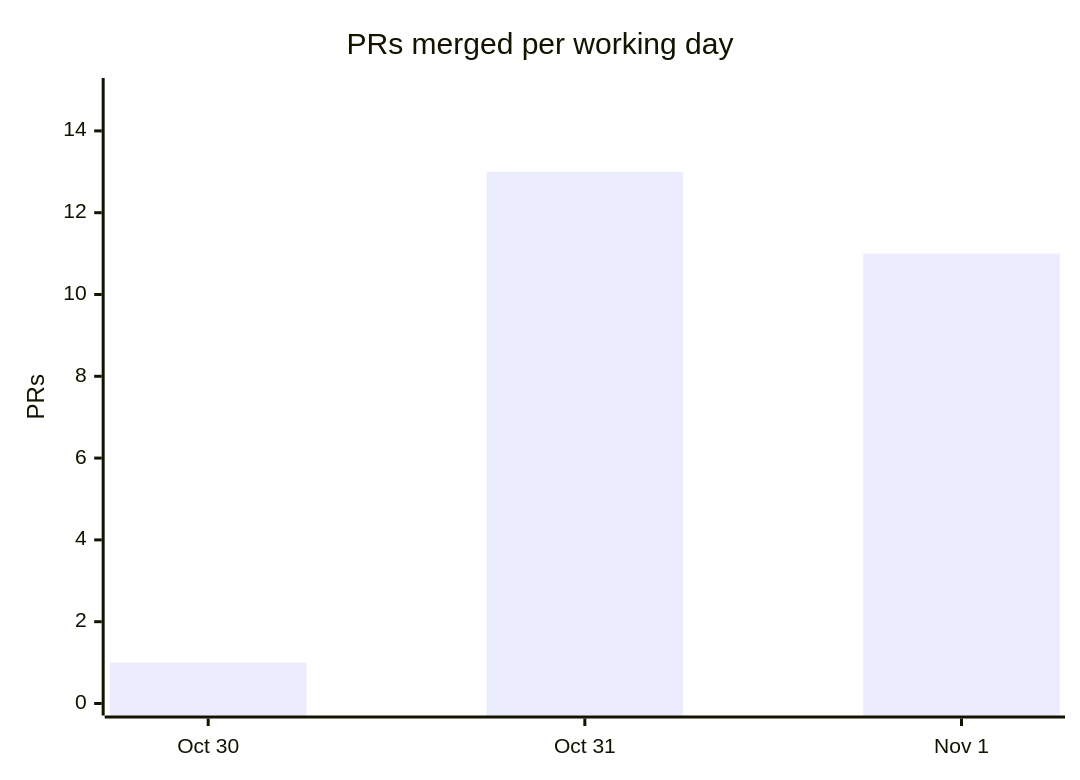
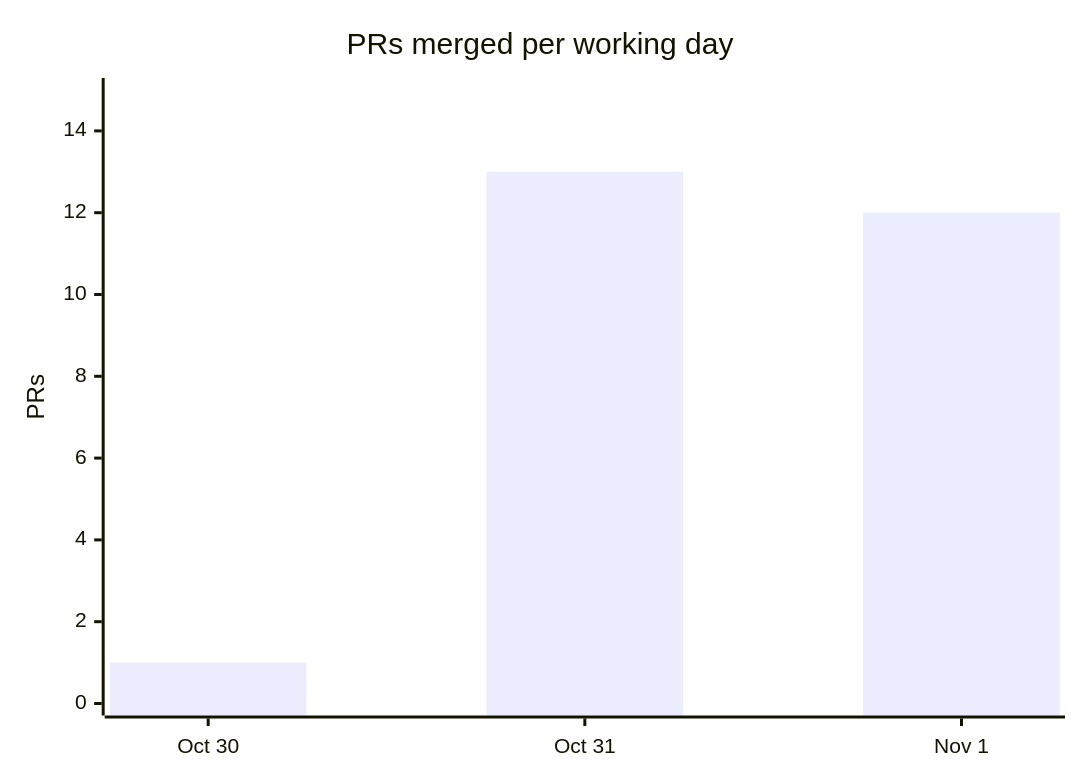
The fourth of 4 diagrams in docs/OVERVIEW.md (cmprssd/nfsh), drawn with Mermaid before and after one commit. The commit also changed other lines of this file and 10 other files, not shown here.

````diff
--- a/docs/OVERVIEW.md
+++ b/docs/OVERVIEW.md
@@ -139,7 +139,7 @@
 ```mermaid
 xychart-beta
     title "PRs merged per working day"
     x-axis ["Oct 30", "Oct 31", "Nov 1"]
     y-axis "PRs" 0 --> 15
-    bar [1, 13, 11]
+    bar [1, 13, 12]
 ```
````
